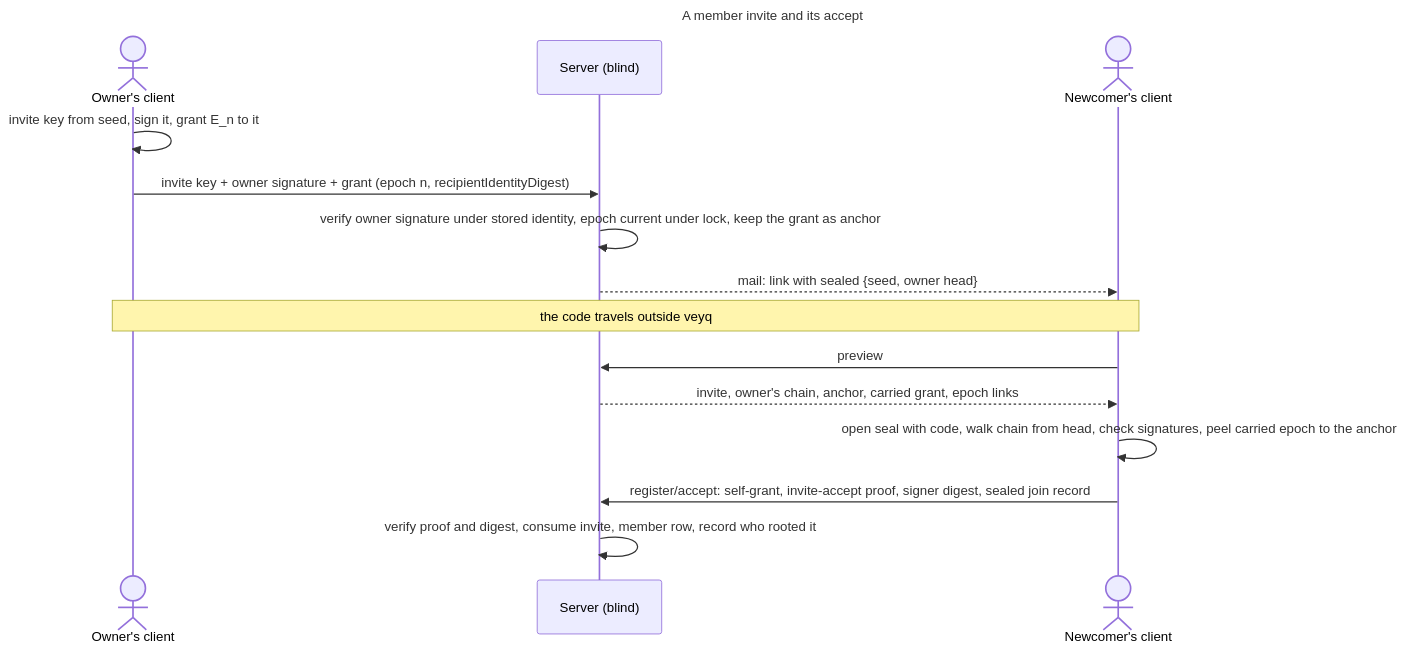
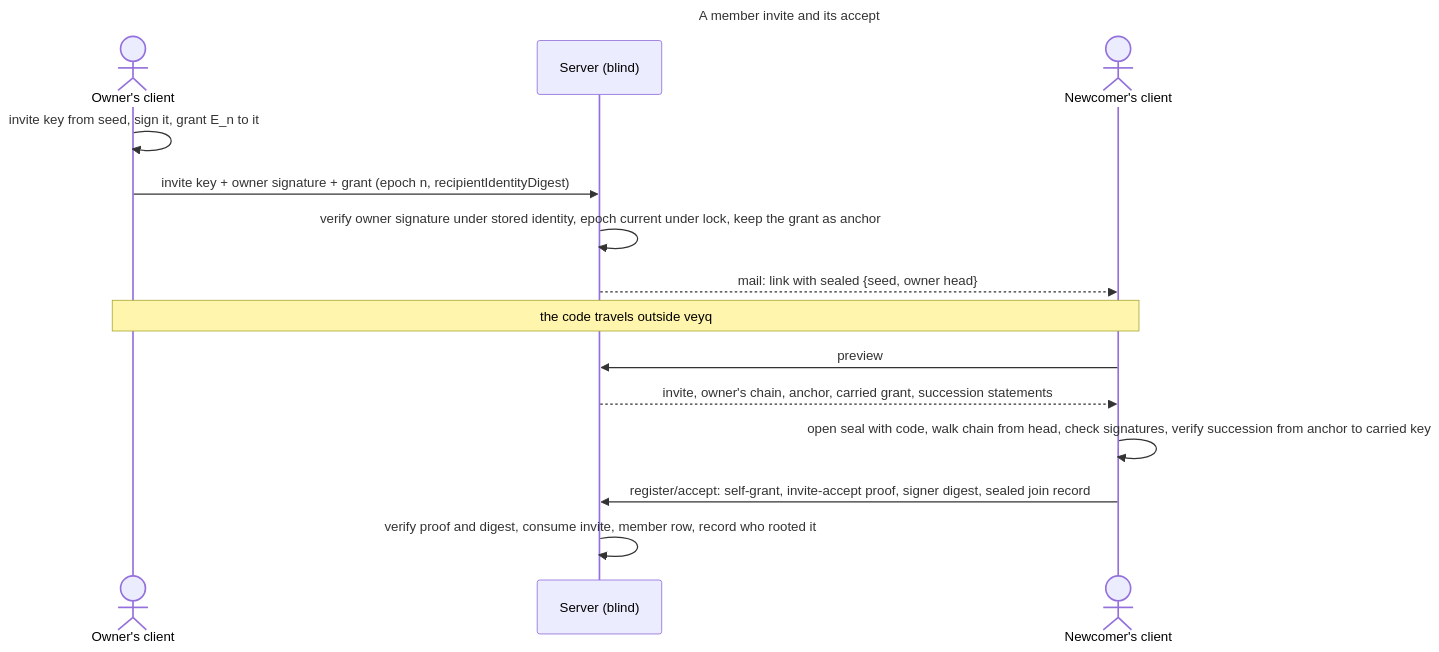
The second of 2 diagrams in docs/crosscutting/keys-grants-and-trust.md (raddatzk/veyq), drawn with Mermaid before and after one commit. The commit also changed other lines of this file and 80 other files, not shown here.

````diff
--- a/docs/crosscutting/keys-grants-and-trust.md
+++ b/docs/crosscutting/keys-grants-and-trust.md
@@ -177,19 +186,19 @@
 ```mermaid
 ---
 title: A member invite and its accept
 ---
 sequenceDiagram
   actor O as Owner's client
   participant S as Server (blind)
   actor N as Newcomer's client
   O->>O: invite key from seed, sign it, grant E_n to it
   O->>S: invite key + owner signature + grant (epoch n, recipientIdentityDigest)
   S->>S: verify owner signature under stored identity, epoch current under lock, keep the grant as anchor
   S-->>N: mail: link with sealed {seed, owner head}
   Note over O,N: the code travels outside veyq
   N->>S: preview
-  S-->>N: invite, owner's chain, anchor, carried grant, epoch links
-  N->>N: open seal with code, walk chain from head, check signatures, peel carried epoch to the anchor
+  S-->>N: invite, owner's chain, anchor, carried grant, succession statements
+  N->>N: open seal with code, walk chain from head, check signatures, verify succession from anchor to carried key
   N->>S: register/accept: self-grant, invite-accept proof, signer digest, sealed join record
   S->>S: verify proof and digest, consume invite, member row, record who rooted it
 ```
````
